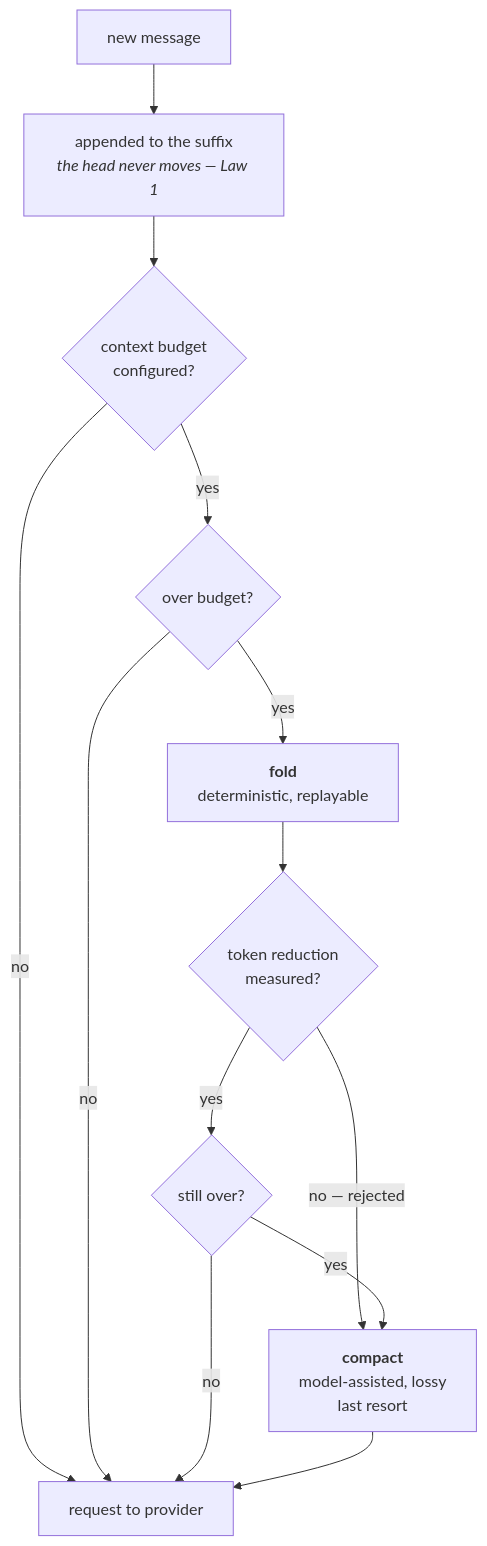
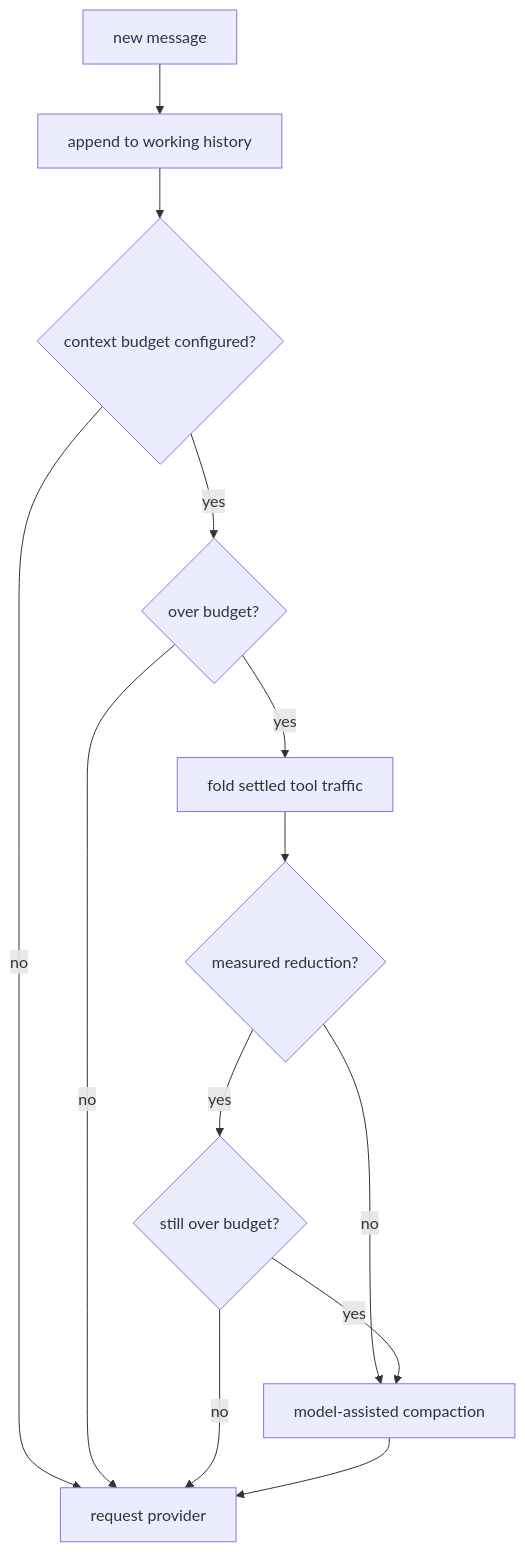
Before and after one commit to Wirhoss/nox: the second of 2 diagrams in README.md, drawn with Mermaid. The commit also changed other lines of this file and 82 other files, not shown here.

````diff
--- a/README.md
+++ b/README.md
@@ -111,15 +112,15 @@
 ```mermaid
 flowchart TB
-  M["new message"] --> A["appended to the suffix<br/><i>the head never moves — Law 1</i>"]
-  A --> B{"context budget<br/>configured?"}
-  B -->|no| S["request to provider"]
+  M["new message"] --> A["append to working history"]
+  A --> B{"context budget configured?"}
+  B -->|no| S["request provider"]
   B -->|yes| P{"over budget?"}
   P -->|no| S
-  P -->|yes| F["<b>fold</b><br/>deterministic, replayable"]
-  F --> G{"token reduction<br/>measured?"}
-  G -->|"no — rejected"| C
-  G -->|yes| ST{"still over?"}
+  P -->|yes| F["fold settled tool traffic"]
+  F --> G{"measured reduction?"}
+  G -->|no| C
+  G -->|yes| ST{"still over budget?"}
   ST -->|no| S
-  ST -->|yes| C["<b>compact</b><br/>model-assisted, lossy<br/>last resort"]
+  ST -->|yes| C["model-assisted compaction"]
   C --> S
 ```
````
